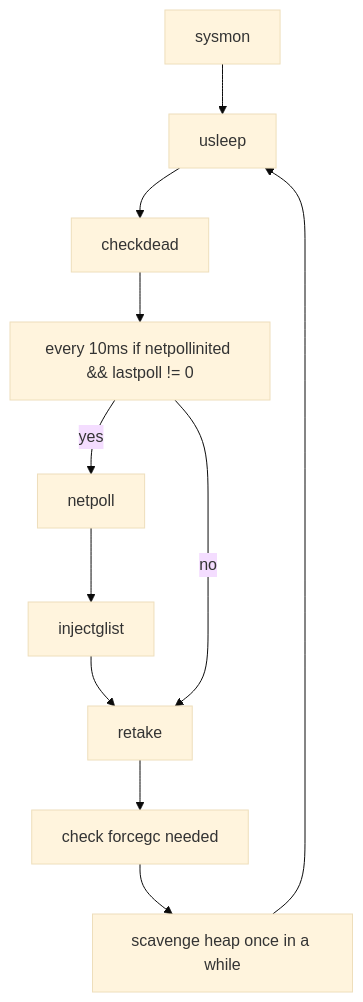
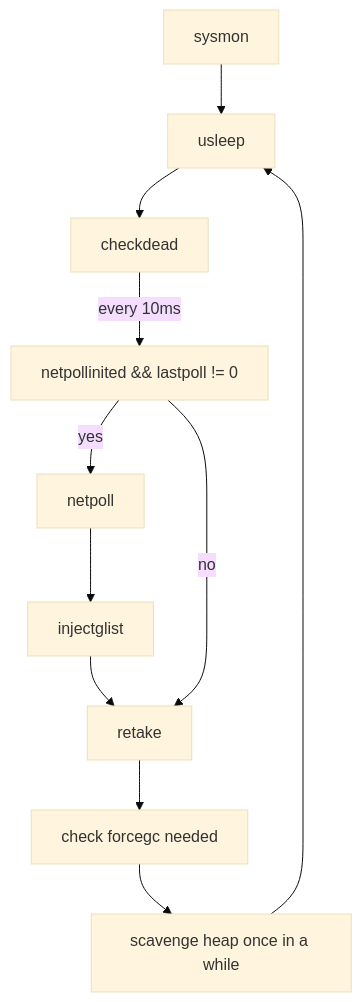
Before and after one commit to cch123/golang-notes: the fifth of 9 diagrams in scheduler.md, drawn with Mermaid (base theme). The commit also changed other lines of this file, not shown here.

````diff
--- a/scheduler.md
+++ b/scheduler.md
@@ -682,14 +682,14 @@
 ```mermaid
 graph TD
 sysmon --> usleep
 usleep --> checkdead
-checkdead --> C[every 10ms if netpollinited && lastpoll != 0]
+checkdead --> |every 10ms|C[netpollinited && lastpoll != 0]
 C --> |yes|netpoll
 netpoll --> injectglist
 injectglist --> retake
 C --> |no|retake
 retake --> A[check forcegc needed]
 A --> B[scavenge heap once in a while]
 B --> usleep
 
 ```
````
